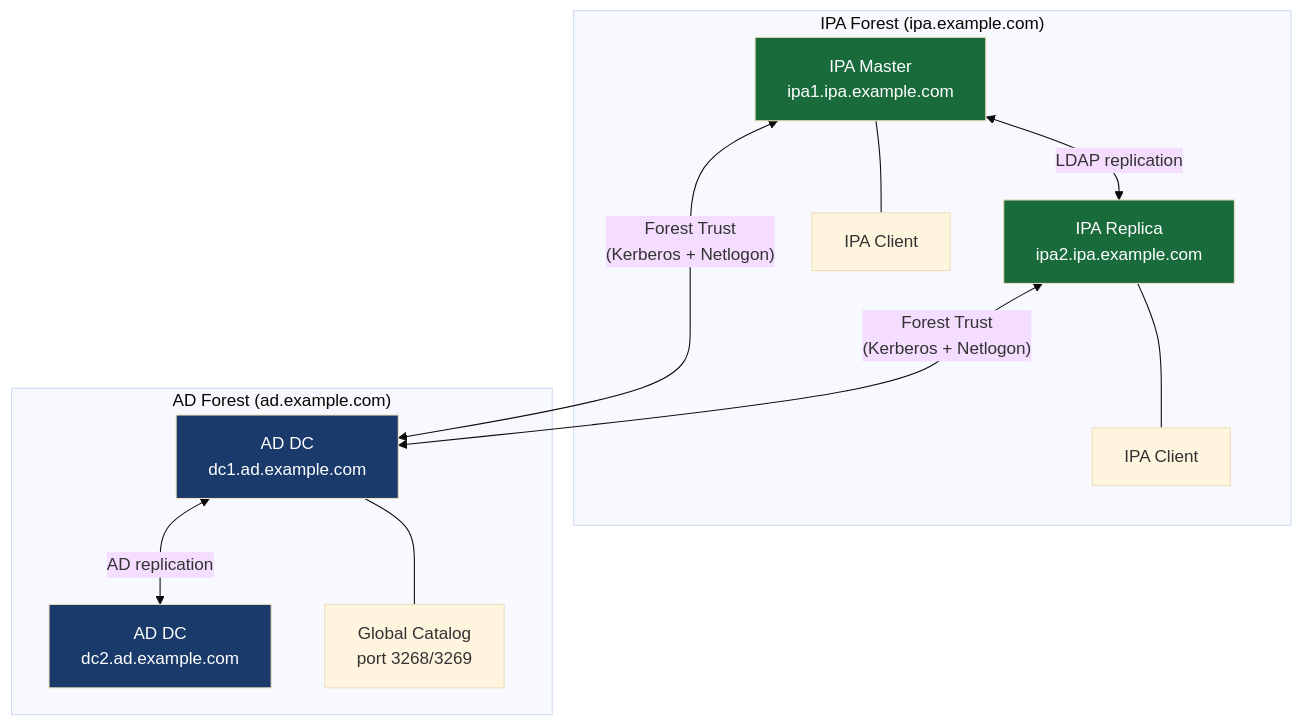
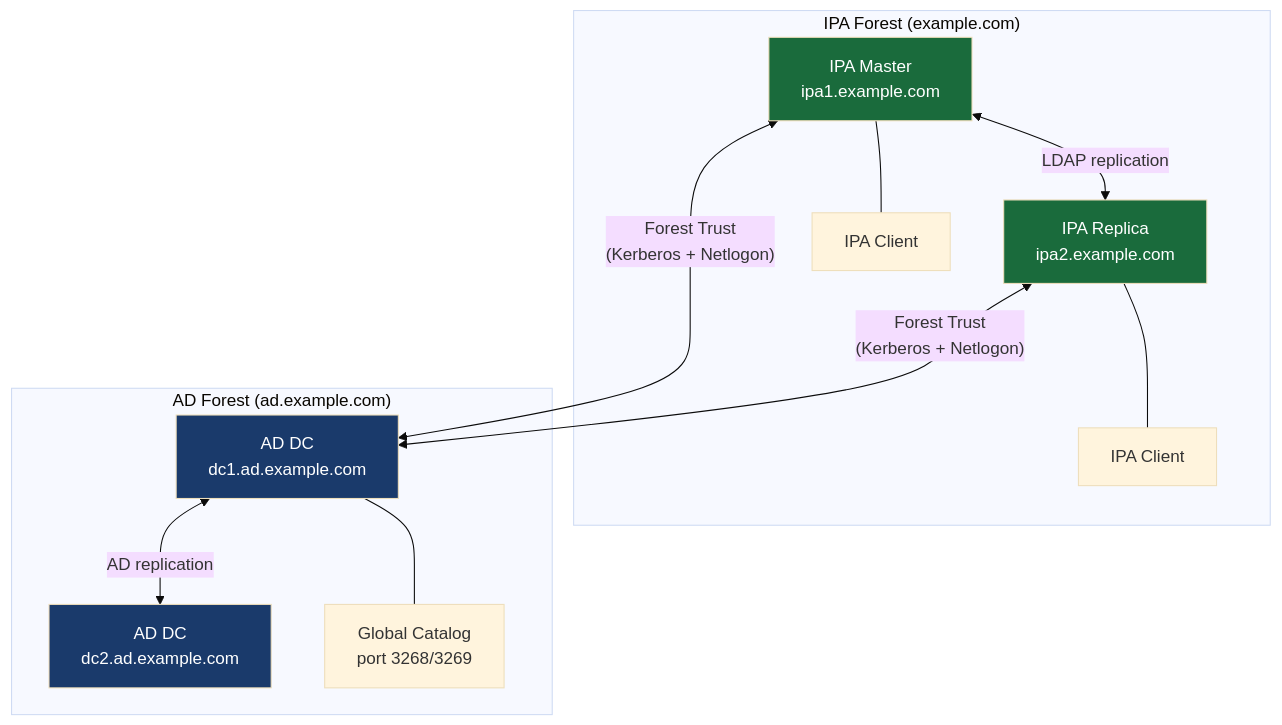
Before and after one commit to UncleJS/course_FreeIPA: the second of 15 diagrams in 11_ad_trust.md, drawn with Mermaid (base theme). The commit also changed other lines of this file and 22 other files, not shown here.

````diff
--- a/11_ad_trust.md
+++ b/11_ad_trust.md
@@ -81,28 +81,28 @@
 ```mermaid
 graph TD
-    subgraph IPA Forest ["IPA Forest (ipa.example.com)"]
-        IPA1[IPA Master<br/>ipa1.ipa.example.com]
-        IPA2[IPA Replica<br/>ipa2.ipa.example.com]
+    subgraph IPA Forest ["IPA Forest (example.com)"]
+        IPA1[IPA Master<br/>ipa1.example.com]
+        IPA2[IPA Replica<br/>ipa2.example.com]
         C1[IPA Client]
         C2[IPA Client]
         IPA1 <-->|LDAP replication| IPA2
         IPA1 --- C1
         IPA2 --- C2
     end
 
     subgraph AD Forest ["AD Forest (ad.example.com)"]
         DC1[AD DC<br/>dc1.ad.example.com]
         DC2[AD DC<br/>dc2.ad.example.com]
         GC[Global Catalog<br/>port 3268/3269]
         DC1 <-->|AD replication| DC2
         DC1 --- GC
     end
 
     IPA1 <-->|"Forest Trust<br/>(Kerberos + Netlogon)"| DC1
     IPA2 <-->|"Forest Trust<br/>(Kerberos + Netlogon)"| DC1
 
     style IPA1 fill:#1a6b3c,color:#fff
     style IPA2 fill:#1a6b3c,color:#fff
     style DC1 fill:#1a3a6b,color:#fff
     style DC2 fill:#1a3a6b,color:#fff
 ```
````
